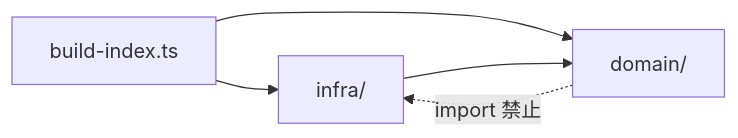
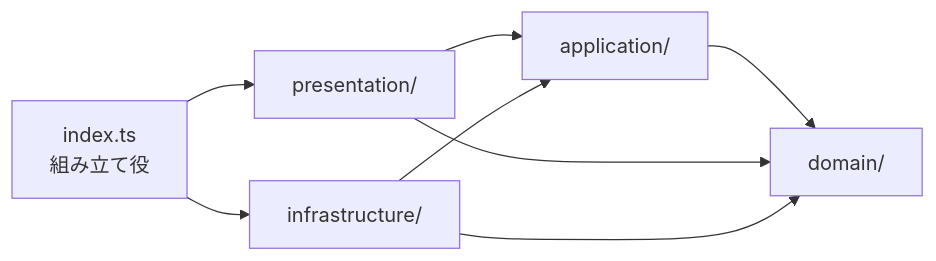
One commit to Luna-rab/ga-rules changed the third of 5 diagrams in DESIGN.md. Above: the diagram before and after it, drawn with Mermaid. The commit also changed other lines of this file, not shown here.

````diff
--- a/DESIGN.md
+++ b/DESIGN.md
@@ -151,7 +140,10 @@
 ```mermaid
 flowchart LR
-    E[build-index.ts] --> I[infra/]
-    E --> D[domain/]
+    M[index.ts<br/>組み立て役] --> P[presentation/]
+    M --> I[infrastructure/]
+    P --> A[application/]
+    I --> A
+    A --> D[domain/]
+    P --> D
     I --> D
-    D -.->|import 禁止| I
 ```
````
